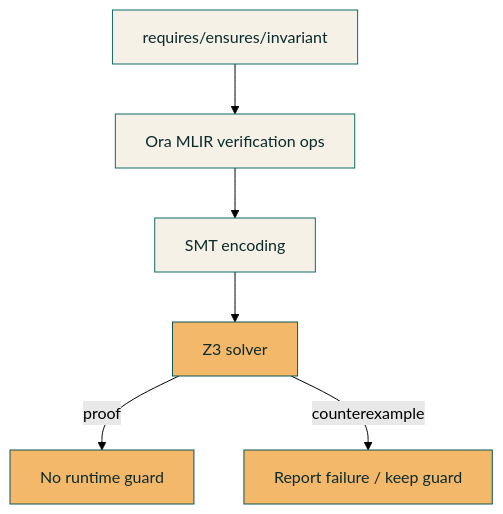
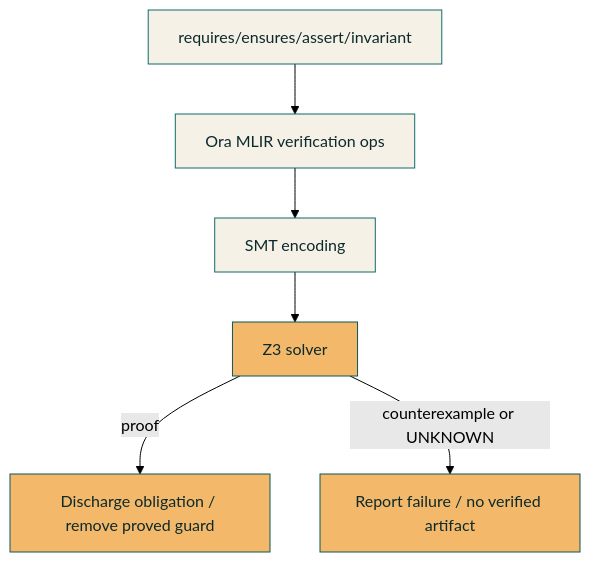
The diagram in website/docs/formal-verification.md (oralang/ora), drawn with Mermaid (forest theme) before and after one commit. The commit also changed other lines of this file and 18 other files, not shown here.

````diff
--- a/website/docs/formal-verification.md
+++ b/website/docs/formal-verification.md
@@ -39,12 +40,12 @@
 ```mermaid
 flowchart TB
   classDef core fill:#f6f1e7,stroke:#0e6b6a,color:#0b2a2c;
   classDef accent fill:#f4b86a,stroke:#0b5656,color:#0b2a2c;
-  A[requires/ensures/invariant] --> B[Ora MLIR verification ops]
+  A[requires/ensures/assert/invariant] --> B[Ora MLIR verification ops]
   B --> C[SMT encoding]
   C --> D[Z3 solver]
-  D -->|proof| E[No runtime guard]
-  D -->|counterexample| F[Report failure / keep guard]
+  D -->|proof| E[Discharge obligation / remove proved guard]
+  D -->|counterexample or UNKNOWN| F[Report failure / no verified artifact]
   class A,B,C core;
   class D,E,F accent;
 ```
````
